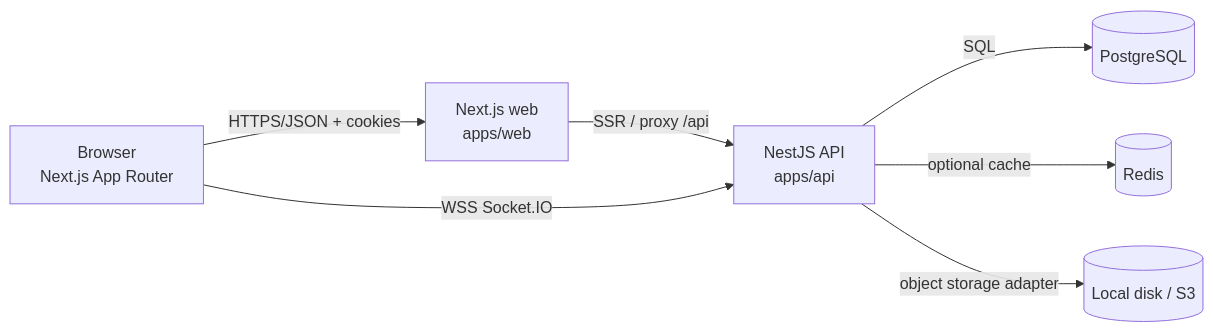
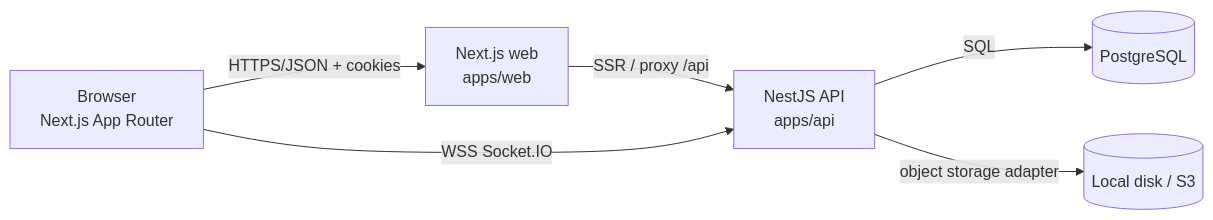
One commit to ayanirfan099/teamflow-collaboration changed the first of 3 diagrams in docs/architecture.md. Above: the diagram before and after it, drawn with Mermaid. The commit also changed other lines of this file and 6 other files, not shown here.

````diff
--- a/docs/architecture.md
+++ b/docs/architecture.md
@@ -5,9 +5,8 @@
 ```mermaid
 flowchart LR
   B[Browser\nNext.js App Router] -->|HTTPS/JSON + cookies| W[Next.js web\napps/web]
   W -->|SSR / proxy /api| A[NestJS API\napps/api]
   B -->|WSS Socket.IO| A
   A -->|SQL| P[(PostgreSQL)]
-  A -->|optional cache| R[(Redis)]
   A -->|object storage adapter| S[(Local disk / S3)]
 ```
````
